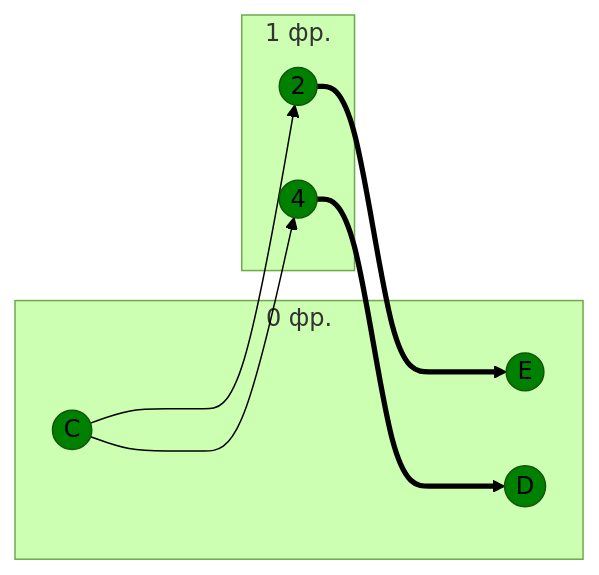
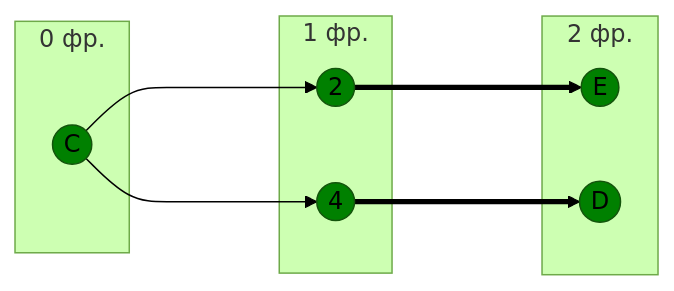
Before and after one commit to algos-ris-24-5/manual-tasks: the third of 5 diagrams in Задание 8/Seeyahh.md, drawn with Mermaid (forest theme).

````diff
--- a/Задание 8/Seeyahh.md
+++ b/Задание 8/Seeyahh.md
@@ -117,20 +117,23 @@
 ```mermaid
 graph LR
     subgraph " 0 фр."
         C((C))
-        E((E))
-        D((D))
+        
     end
     subgraph " 1 фр."
         2((2))
         4((4))
+    end
+    subgraph " 2 фр."
+        E((E))
+        D((D))
     end
     C ---> 2 ===> E
     C ---> 4 ===> D
     
     style C fill:#008000
     style 2 fill:#008000
     style E fill:#008000
     style 4 fill:#008000
     style D fill:#008000
 ```
````
